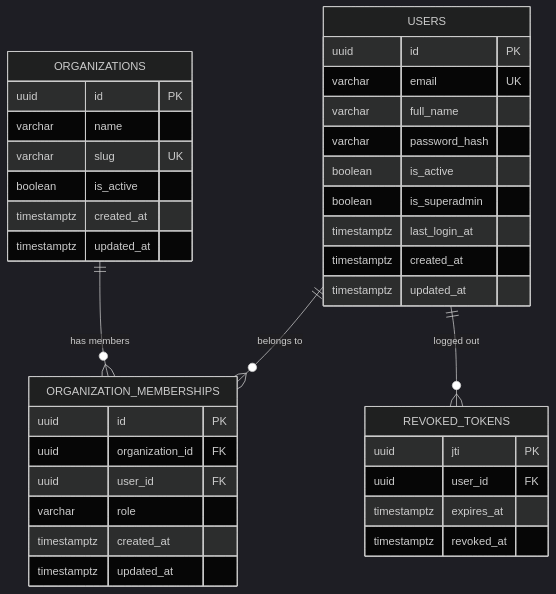
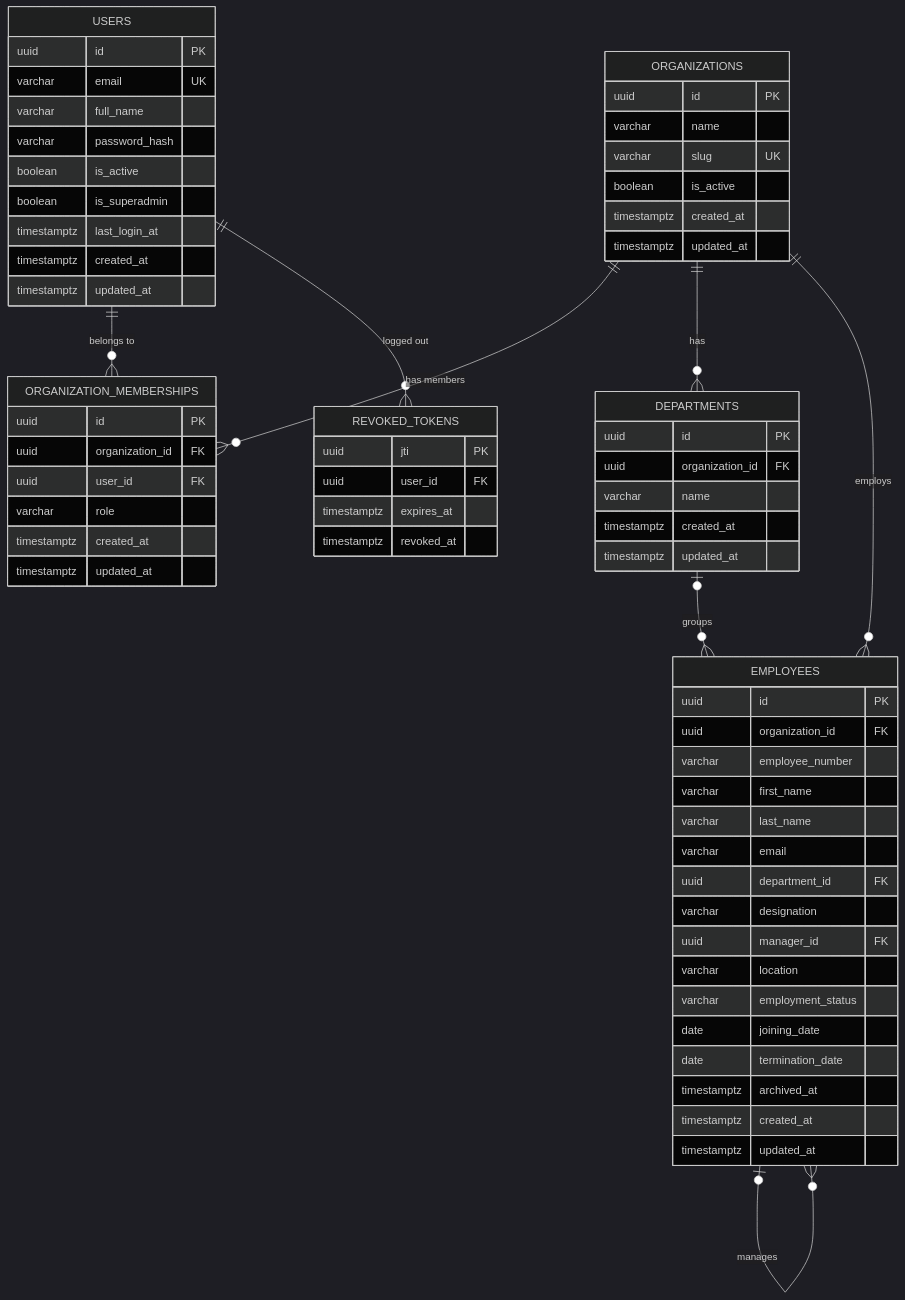
Before and after one commit to praneeth-srikurmadasu/syncforge: the diagram in docs/07-database-design.md, drawn with Mermaid (dark theme). The commit also changed other lines of this file and 9 other files, not shown here.

````diff
--- a/docs/07-database-design.md
+++ b/docs/07-database-design.md
@@ -11,40 +11,69 @@
 ```mermaid
 erDiagram
     ORGANIZATIONS ||--o{ ORGANIZATION_MEMBERSHIPS : "has members"
     USERS ||--o{ ORGANIZATION_MEMBERSHIPS : "belongs to"
     USERS ||--o{ REVOKED_TOKENS : "logged out"
+    ORGANIZATIONS ||--o{ DEPARTMENTS : "has"
+    ORGANIZATIONS ||--o{ EMPLOYEES : "employs"
+    DEPARTMENTS |o--o{ EMPLOYEES : "groups"
+    EMPLOYEES |o--o{ EMPLOYEES : "manages"
 
     ORGANIZATIONS {
         uuid id PK
         varchar name
         varchar slug UK
         boolean is_active
         timestamptz created_at
         timestamptz updated_at
     }
     USERS {
         uuid id PK
         varchar email UK
         varchar full_name
         varchar password_hash
         boolean is_active
         boolean is_superadmin
         timestamptz last_login_at
         timestamptz created_at
         timestamptz updated_at
     }
     ORGANIZATION_MEMBERSHIPS {
         uuid id PK
         uuid organization_id FK
         uuid user_id FK
         varchar role
         timestamptz created_at
         timestamptz updated_at
     }
     REVOKED_TOKENS {
         uuid jti PK
         uuid user_id FK
         timestamptz expires_at
         timestamptz revoked_at
     }
+    DEPARTMENTS {
+        uuid id PK
+        uuid organization_id FK
+        varchar name
+        timestamptz created_at
+        timestamptz updated_at
+    }
+    EMPLOYEES {
+        uuid id PK
+        uuid organization_id FK
+        varchar employee_number
+        varchar first_name
+        varchar last_name
+        varchar email
+        uuid department_id FK
+        varchar designation
+        uuid manager_id FK
+        varchar location
+        varchar employment_status
+        date joining_date
+        date termination_date
+        timestamptz archived_at
+        timestamptz created_at
+        timestamptz updated_at
+    }
 ```
````
